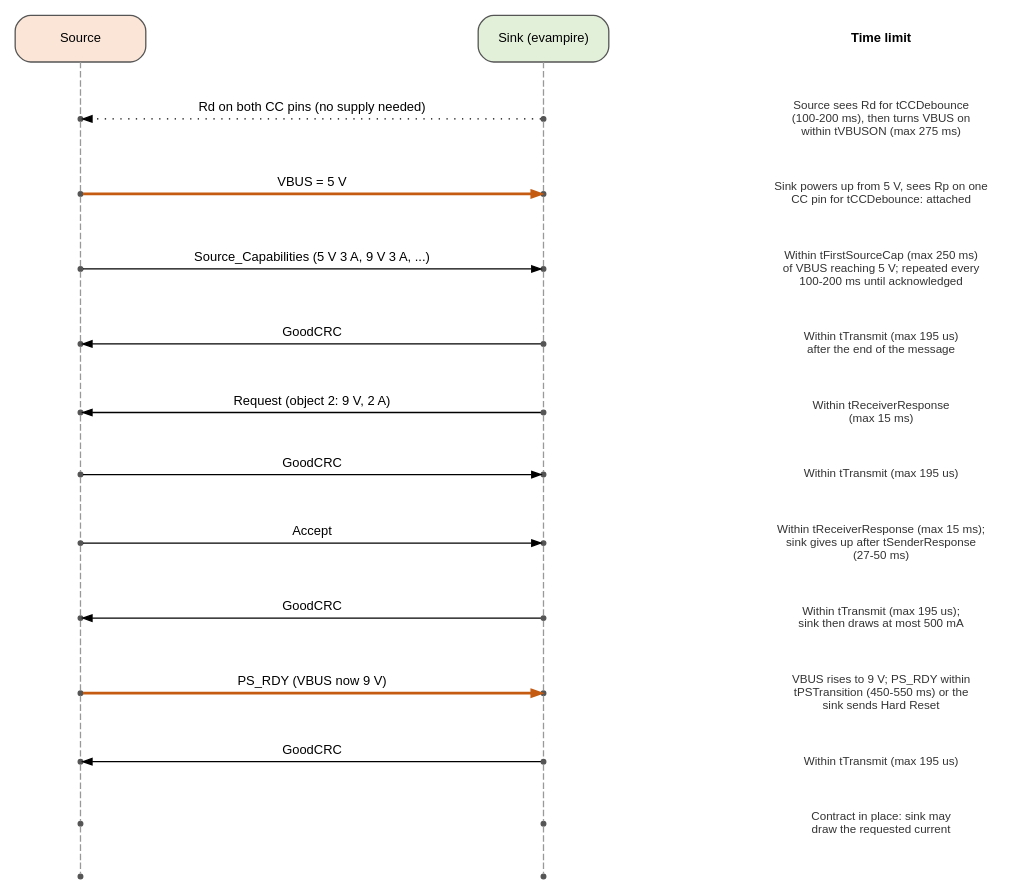
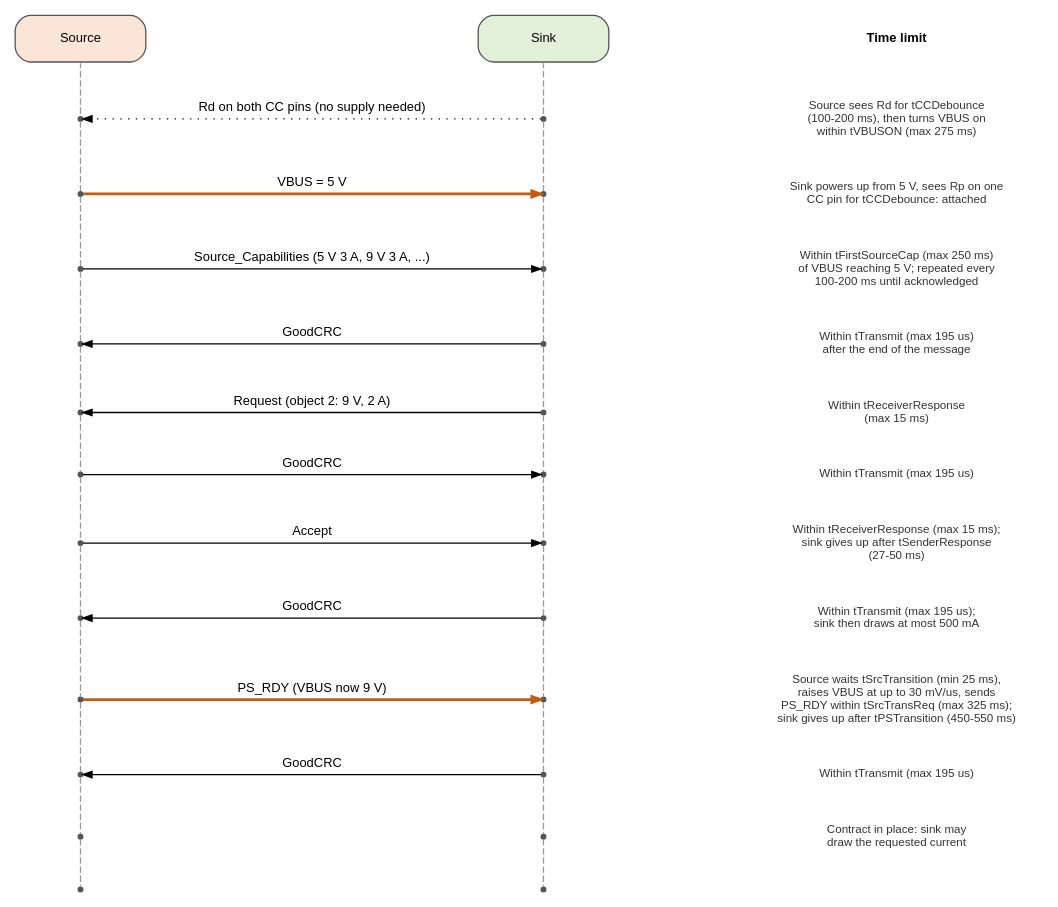
The diagram in docs/power/usb-pd/negotiation.dot (mithro/evampire), drawn with Graphviz before and after one commit. The commit also changed 6 other files, not shown here.

First line of the commit message:
Add dual-role USB PD diagrams and calculation script

```diff
--- a/docs/power/usb-pd/negotiation.dot
+++ b/docs/power/usb-pd/negotiation.dot
@@ -1,67 +1,68 @@
-// Message sequence for a sink negotiating a fixed 9 V supply.
+// Message sequence for a source and sink negotiating a fixed 9 V supply.
+// Either end may be a board built around evampire.
 // Time runs from top to bottom. Not to scale.
 //
 // SPDX-License-Identifier: Apache-2.0
 
 digraph negotiation {
     graph [rankdir=TB, fontname="Helvetica", fontsize=11, nodesep=2.2,
            ranksep=0.32, newrank=true, splines=false];
     node  [shape=point, width=0.05, color="#555555", fontname="Helvetica",
            fontsize=10];
     edge  [fontname="Helvetica", fontsize=10, arrowsize=0.7];
 
     src [shape=box, style="rounded,filled", fillcolor="#fbe5d6", label="Source", width=1.4];
-    snk [shape=box, style="rounded,filled", fillcolor="#e2f0d9", label="Sink (evampire)", width=1.4];
+    snk [shape=box, style="rounded,filled", fillcolor="#e2f0d9", label="Sink", width=1.4];
     note_h [shape=plaintext, label="Time limit", fontsize=10, fontname="Helvetica-Bold"];
 
     // Lifeline points.
     s1; s2; s3; s4; s5; s6; s7; s8; s9; s10; s11; s12;
     k1; k2; k3; k4; k5; k6; k7; k8; k9; k10; k11; k12;
 
     node [shape=plaintext, width=0, height=0, fontsize=9, fontcolor="#333333"];
     n1  [label="Source sees Rd for tCCDebounce\n(100-200 ms), then turns VBUS on\nwithin tVBUSON (max 275 ms)"];
     n2  [label="Sink powers up from 5 V, sees Rp on one\nCC pin for tCCDebounce: attached"];
     n3  [label="Within tFirstSourceCap (max 250 ms)\nof VBUS reaching 5 V; repeated every\n100-200 ms until acknowledged"];
     n4  [label="Within tTransmit (max 195 us)\nafter the end of the message"];
     n5  [label="Within tReceiverResponse\n(max 15 ms)"];
     n6  [label="Within tTransmit (max 195 us)"];
     n7  [label="Within tReceiverResponse (max 15 ms);\nsink gives up after tSenderResponse\n(27-50 ms)"];
     n8  [label="Within tTransmit (max 195 us);\nsink then draws at most 500 mA"];
-    n9  [label="VBUS rises to 9 V; PS_RDY within\ntPSTransition (450-550 ms) or the\nsink sends Hard Reset"];
+    n9  [label="Source waits tSrcTransition (min 25 ms),\nraises VBUS at up to 30 mV/us, sends\nPS_RDY within tSrcTransReq (max 325 ms);\nsink gives up after tPSTransition (450-550 ms)"];
     n10 [label="Within tTransmit (max 195 us)"];
     n11 [label="Contract in place: sink may\ndraw the requested current"];
 
     { rank=same; src; snk; note_h; }
     { rank=same; s1; k1; n1; }
     { rank=same; s2; k2; n2; }
     { rank=same; s3; k3; n3; }
     { rank=same; s4; k4; n4; }
     { rank=same; s5; k5; n5; }
     { rank=same; s6; k6; n6; }
     { rank=same; s7; k7; n7; }
     { rank=same; s8; k8; n8; }
     { rank=same; s9; k9; n9; }
     { rank=same; s10; k10; n10; }
     { rank=same; s11; k11; n11; }
     { rank=same; s12; k12; }
 
     // Lifelines.
     edge [arrowhead=none, style=dashed, color="#999999", weight=100];
     src -> s1 -> s2 -> s3 -> s4 -> s5 -> s6 -> s7 -> s8 -> s9 -> s10 -> s11 -> s12;
     snk -> k1 -> k2 -> k3 -> k4 -> k5 -> k6 -> k7 -> k8 -> k9 -> k10 -> k11 -> k12;
     note_h -> n1 -> n2 -> n3 -> n4 -> n5 -> n6 -> n7 -> n8 -> n9 -> n10 -> n11 [style=invis];
 
     // Messages.
     edge [arrowhead=normal, style=solid, color="#000000", weight=0];
     k1 -> s1  [label="Rd on both CC pins (no supply needed)", style=dotted];
     s2 -> k2  [label="VBUS = 5 V", penwidth=2, color="#c55a11"];
     s3 -> k3  [label="Source_Capabilities (5 V 3 A, 9 V 3 A, ...)"];
     k4 -> s4  [label="GoodCRC"];
     k5 -> s5  [label="Request (object 2: 9 V, 2 A)"];
     s6 -> k6  [label="GoodCRC"];
     s7 -> k7  [label="Accept"];
     k8 -> s8  [label="GoodCRC"];
     s9 -> k9  [label="PS_RDY (VBUS now 9 V)", penwidth=2, color="#c55a11"];
     k10 -> s10 [label="GoodCRC"];
     s11 -> k11 [style=invis];
 }
```
